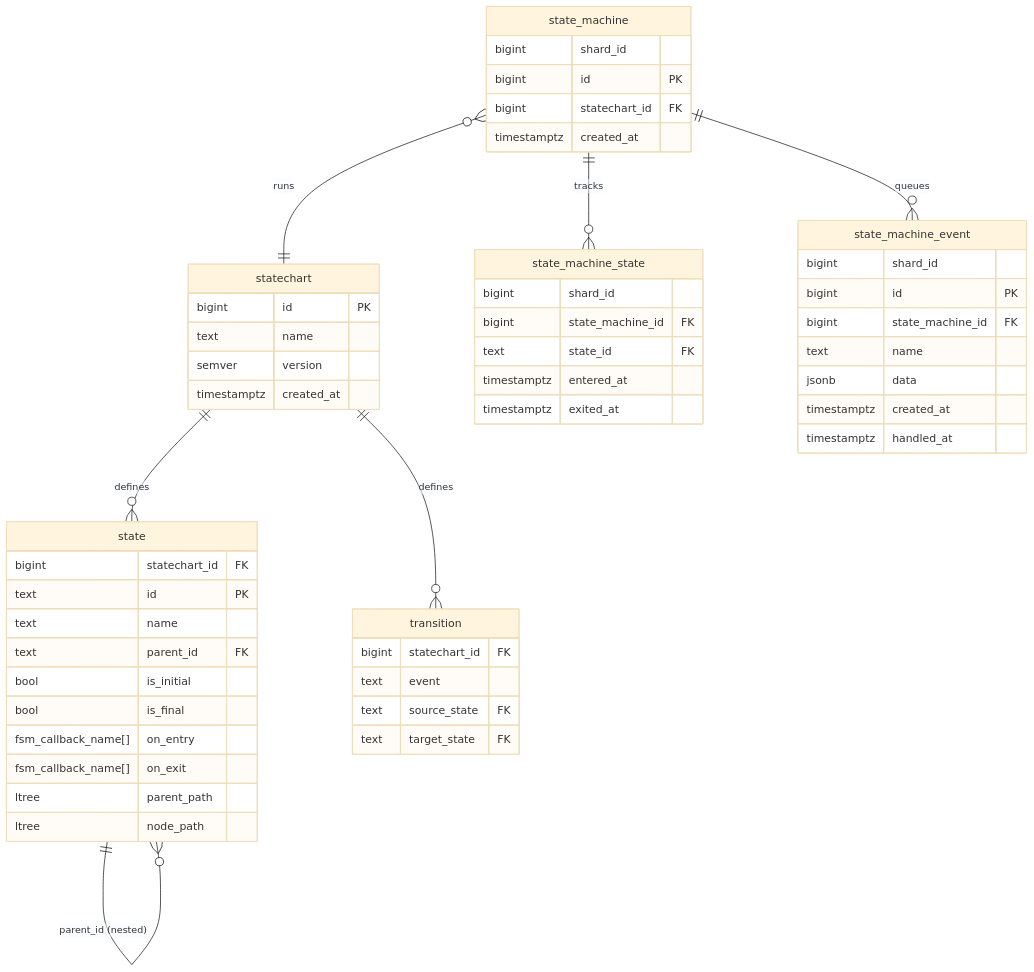
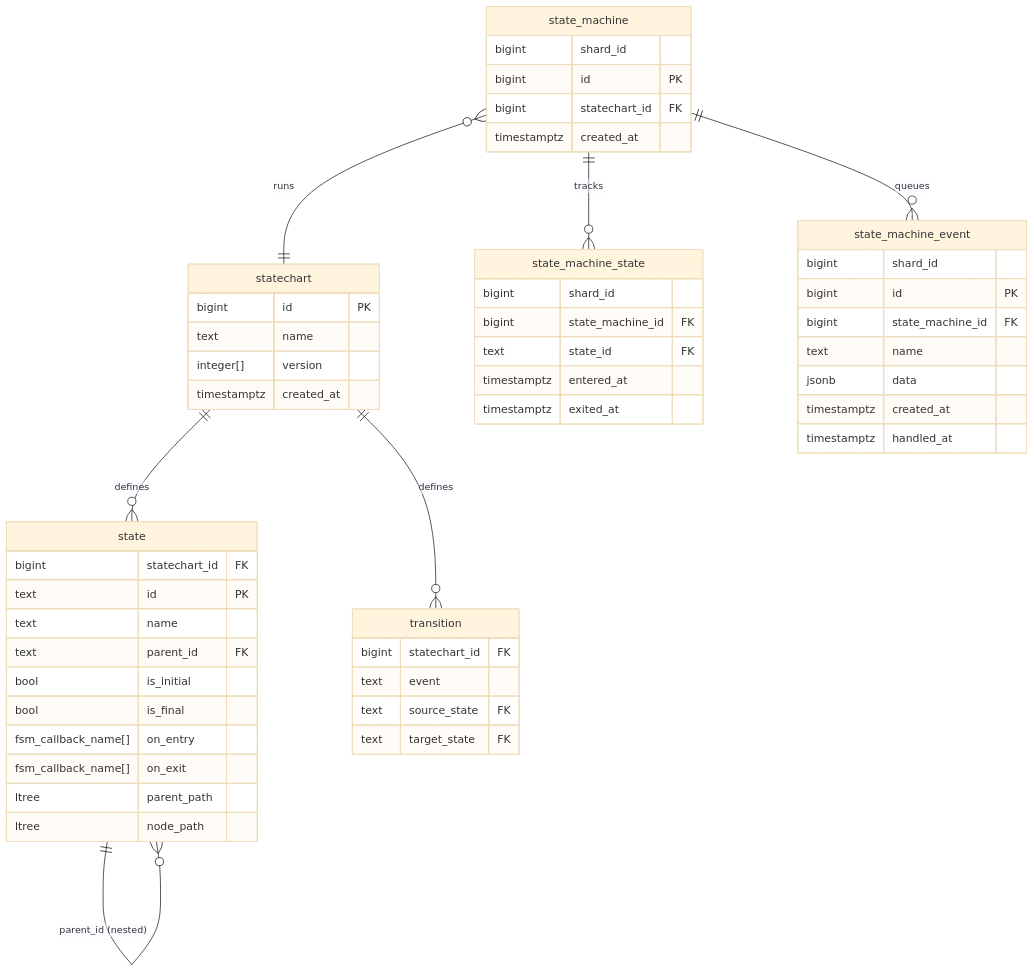
Before and after one commit to kronor-io/statecharts: the second of 4 diagrams in README.md, drawn with Mermaid (base theme). The commit also changed other lines of this file and 75 other files, not shown here.

````diff
--- a/README.md
+++ b/README.md
@@ -92,56 +145,56 @@
 ```mermaid
 erDiagram
     statechart {
         bigint id PK
         text name
-        semver version
+        integer[] version
         timestamptz created_at
     }
     state {
         bigint statechart_id FK
         text id PK
         text name
         text parent_id FK
         bool is_initial
         bool is_final
         fsm_callback_name[] on_entry
         fsm_callback_name[] on_exit
         ltree parent_path
         ltree node_path
     }
     transition {
         bigint statechart_id FK
         text event
         text source_state FK
         text target_state FK
     }
     state_machine {
         bigint shard_id
         bigint id PK
         bigint statechart_id FK
         timestamptz created_at
     }
     state_machine_state {
         bigint shard_id
         bigint state_machine_id FK
         text state_id FK
         timestamptz entered_at
         timestamptz exited_at
     }
     state_machine_event {
         bigint shard_id
         bigint id PK
         bigint state_machine_id FK
         text name
         jsonb data
         timestamptz created_at
         timestamptz handled_at
     }
 
     statechart ||--o{ state : "defines"
     statechart ||--o{ transition : "defines"
     state ||--o{ state : "parent_id (nested)"
     state_machine }o--|| statechart : "runs"
     state_machine ||--o{ state_machine_state : "tracks"
     state_machine ||--o{ state_machine_event : "queues"
 ```
````
